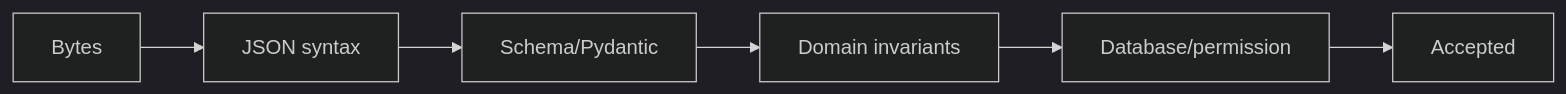
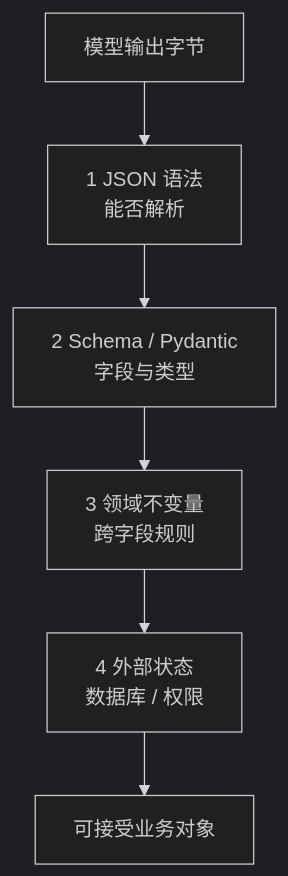
The second of 4 diagrams in docs/part-02-agent-core/ch07-structured-output.md (wujinjun/ai-agent-book), drawn with Mermaid (dark theme) before and after one commit. The commit also changed other lines of this file and 536 other files, not shown here.

````diff
--- a/docs/part-02-agent-core/ch07-structured-output.md
+++ b/docs/part-02-agent-core/ch07-structured-output.md
@@ -133,7 +135,11 @@
 ```mermaid
 %% id: structured-output-four-validation-layers
 %% title: 结构化输出四层验证边界
 %% alt: 展示 JSON 语法、Schema、领域不变量和外部数据库权限四层递进验证
-flowchart LR
-    Bytes --> JSON["JSON syntax"] --> Schema["Schema/Pydantic"] --> Domain["Domain invariants"] --> External["Database/permission"] --> Accepted
+flowchart TB
+    Bytes["模型输出字节"] --> JSON["1 JSON 语法<br/>能否解析"]
+    JSON --> Schema["2 Schema / Pydantic<br/>字段与类型"]
+    Schema --> Domain["3 领域不变量<br/>跨字段规则"]
+    Domain --> External["4 外部状态<br/>数据库 / 权限"]
+    External --> Accepted["可接受业务对象"]
 ```
````
